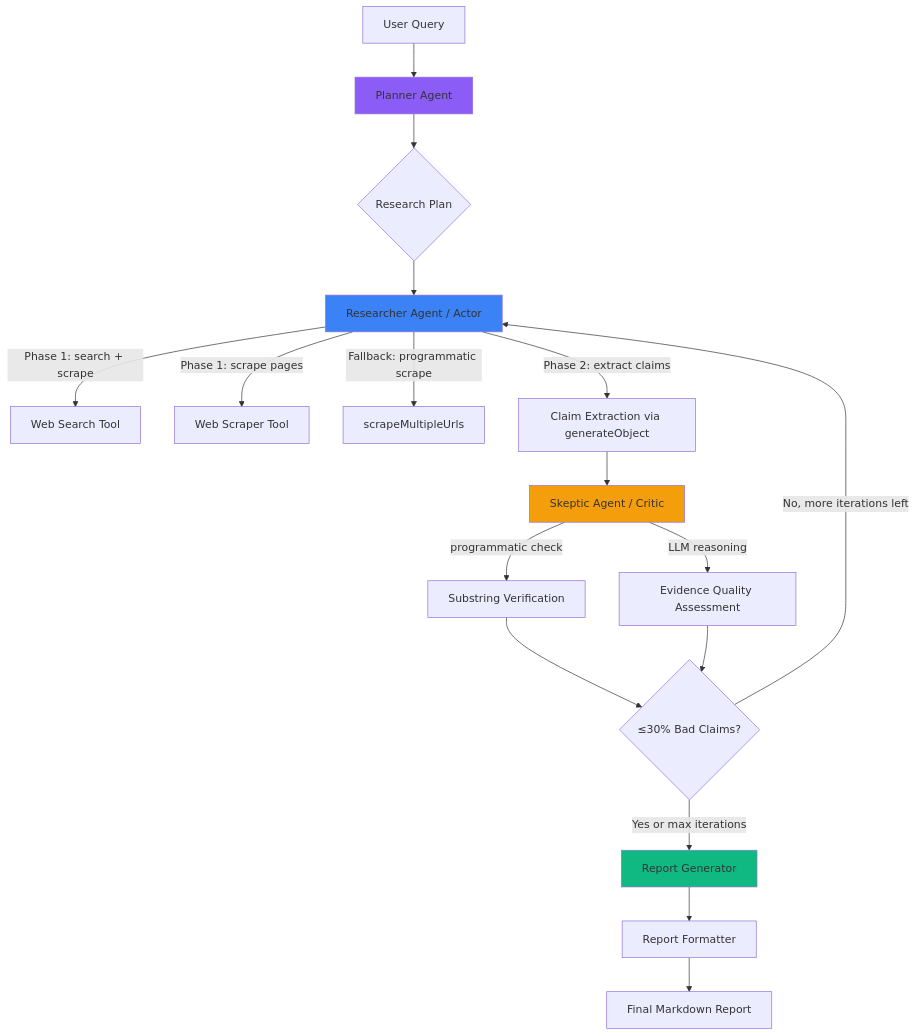
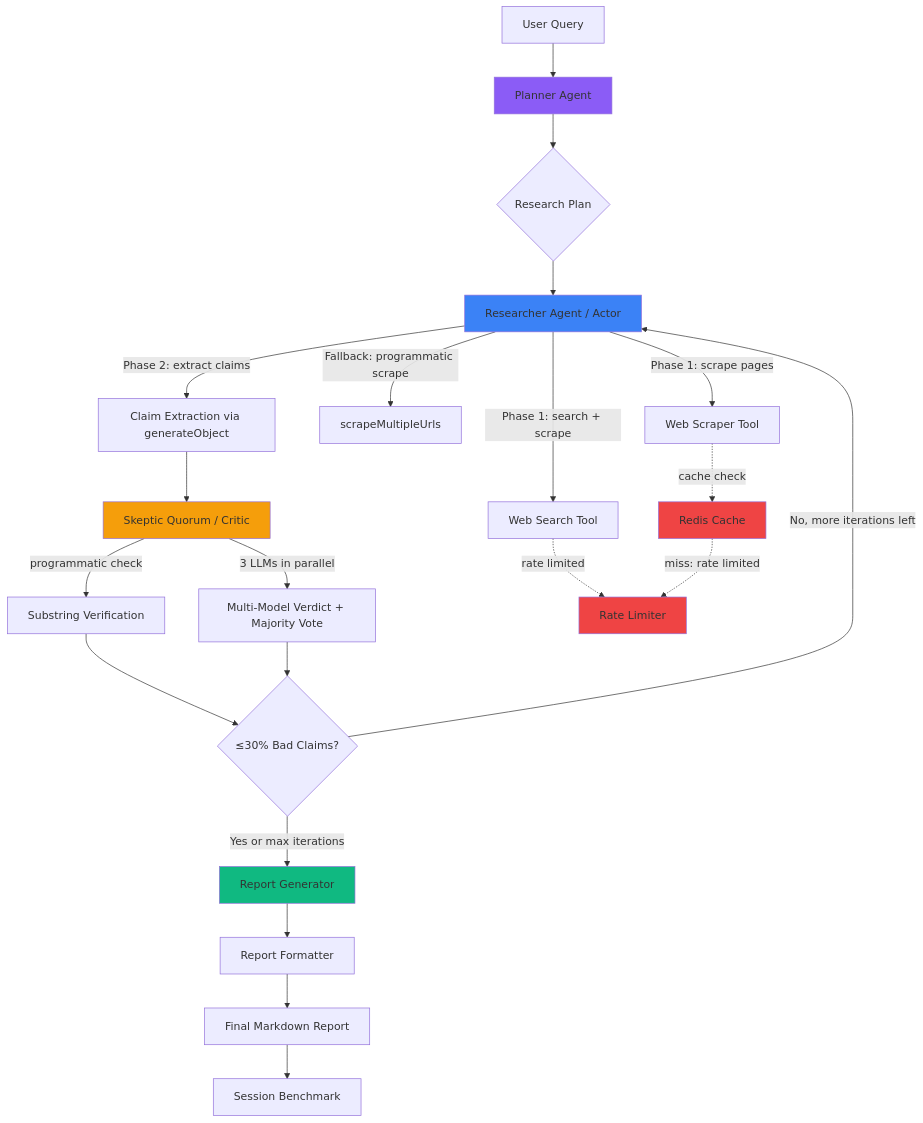
The diagram in README.md (shreyashkadam/Argus), drawn with Mermaid before and after one commit. The commit also changed other lines of this file, not shown here.

````diff
--- a/README.md
+++ b/README.md
@@ -26,24 +26,31 @@
 ```mermaid
 graph TD
     A[User Query] --> B[Planner Agent]
     B --> C{Research Plan}
     C --> D[Researcher Agent / Actor]
     D -->|Phase 1: search + scrape| E[Web Search Tool]
     D -->|Phase 1: scrape pages| F[Web Scraper Tool]
     D -->|Fallback: programmatic scrape| F2[scrapeMultipleUrls]
     D -->|Phase 2: extract claims| G[Claim Extraction via generateObject]
-    G --> H[Skeptic Agent / Critic]
+    G --> H[Skeptic Quorum / Critic]
     H -->|programmatic check| I[Substring Verification]
-    H -->|LLM reasoning| J[Evidence Quality Assessment]
+    H -->|3 LLMs in parallel| J[Multi-Model Verdict + Majority Vote]
     I --> K{≤30% Bad Claims?}
     J --> K
     K -->|No, more iterations left| D
     K -->|Yes or max iterations| L[Report Generator]
     L --> L2[Report Formatter]
     L2 --> M[Final Markdown Report]
+    M --> N[Session Benchmark]
+
+    E -.->|rate limited| RL[Rate Limiter]
+    F -.->|cache check| RC[Redis Cache]
+    RC -.->|miss: rate limited| RL
 
     style B fill:#8b5cf6
     style D fill:#3b82f6
     style H fill:#f59e0b
     style L fill:#10b981
+    style RC fill:#ef4444
+    style RL fill:#ef4444
 ```
````
